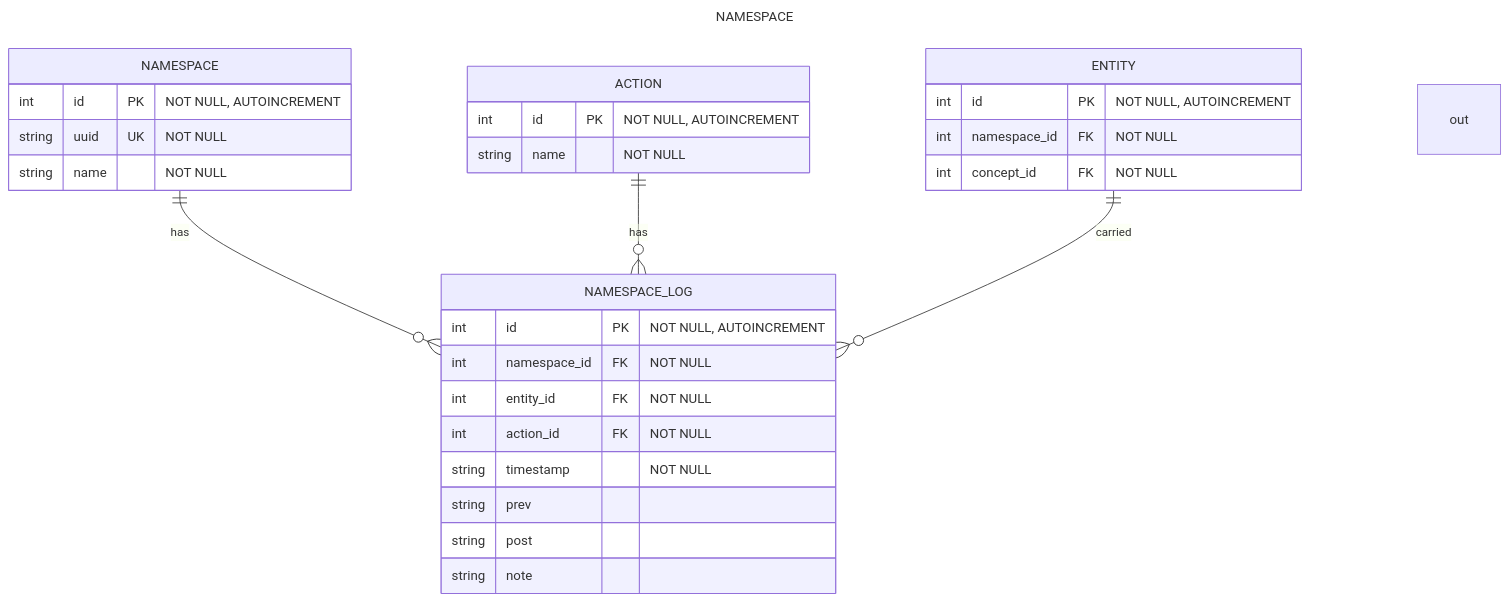
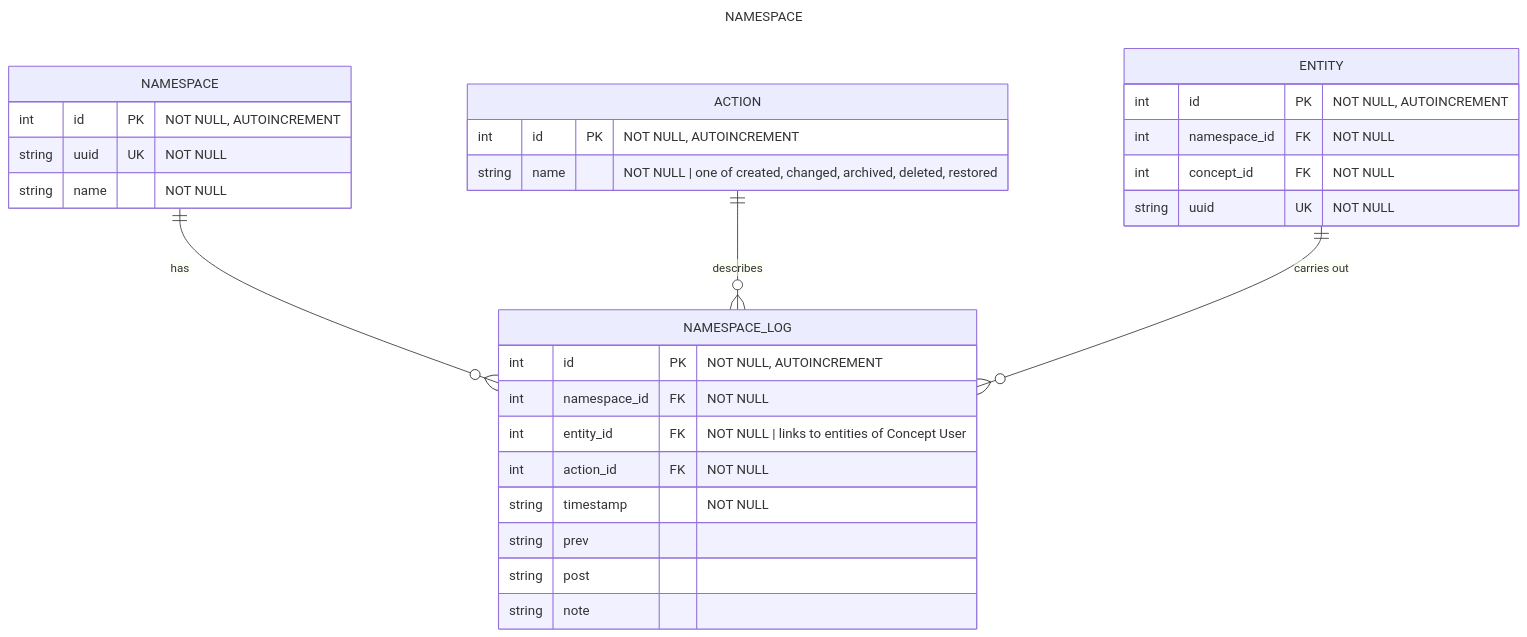
Before and after one commit to polarlabs/kodiak-diagrams: the diagram in DATABASE-SCHEMA.md, drawn with Mermaid.

Commit message:
fix: labels of some relations.

````diff
--- a/DATABASE-SCHEMA.md
+++ b/DATABASE-SCHEMA.md
@@ -5,33 +5,34 @@
 ```mermaid
 ---
 title: NAMESPACE
 ---
 erDiagram
     NAMESPACE {
         int    id   PK "NOT NULL, AUTOINCREMENT"
         string uuid UK "NOT NULL"
         string name    "NOT NULL"
     }
     NAMESPACE_LOG {
         int    id           PK "NOT NULL, AUTOINCREMENT"
         int    namespace_id FK "NOT NULL"
-        int    entity_id    FK "NOT NULL"
+        int    entity_id    FK "NOT NULL | links to entities of Concept User"
         int    action_id    FK "NOT NULL"
         string timestamp       "NOT NULL"
         string prev
         string post
         string note 
     }
     ACTION {
         int    id           PK "NOT NULL, AUTOINCREMENT"
-        string name            "NOT NULL"
+        string name            "NOT NULL | one of created, changed, archived, deleted, restored"
     }
     ENTITY {
-        int id           PK "NOT NULL, AUTOINCREMENT"
-        int namespace_id FK "NOT NULL"
-        int concept_id   FK "NOT NULL"
+        int    id           PK "NOT NULL, AUTOINCREMENT"
+        int    namespace_id FK "NOT NULL"
+        int    concept_id   FK "NOT NULL"
+        string uuid         UK "NOT NULL"
     }
     NAMESPACE ||--o{ NAMESPACE_LOG               : has
-    ACTION    ||--o{ NAMESPACE_LOG               : has
-    ENTITY    ||--o{ NAMESPACE_LOG               : carried out
+    ACTION    ||--o{ NAMESPACE_LOG               : describes
+    ENTITY    ||--o{ NAMESPACE_LOG               : "carries out"
 ```
````
